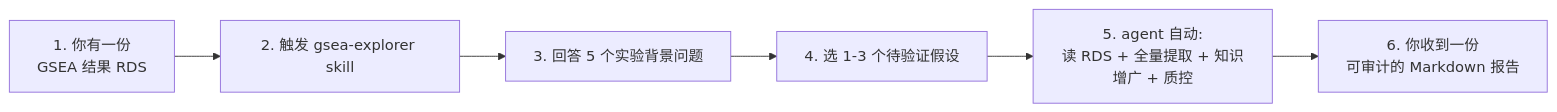
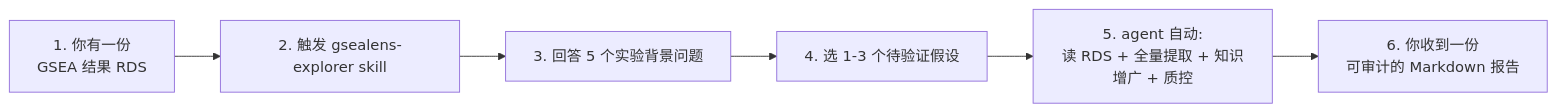
The second of 4 diagrams in README.md (DDL095/gsea-explorer), drawn with Mermaid before and after one commit. The commit also changed other lines of this file and 25 other files, not shown here.

First line of the commit message:
refactor!: rename project gsea-explorer -> gsealens-explorer

````diff
--- a/README.md
+++ b/README.md
@@ -56,8 +56,8 @@
 ```mermaid
 flowchart LR
-    A[1. 你有一份<br/>GSEA 结果 RDS] --> B[2. 触发 gsea-explorer skill]
+    A[1. 你有一份<br/>GSEA 结果 RDS] --> B[2. 触发 gsealens-explorer skill]
     B --> C[3. 回答 5 个实验背景问题]
     C --> D[4. 选 1-3 个待验证假设]
     D --> E[5. agent 自动:<br/>读 RDS + 全量提取 + 知识增广 + 质控]
     E --> F[6. 你收到一份<br/>可审计的 Markdown 报告]
 ```
````
